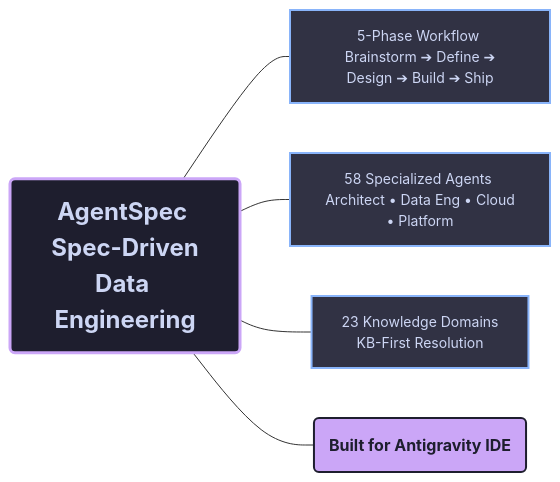
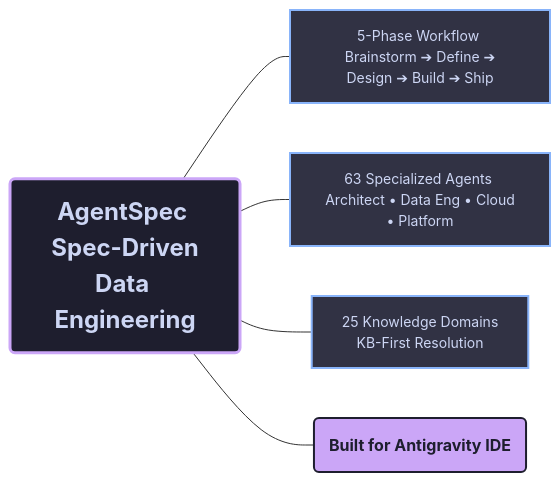
The diagram in README.md (Tiao553/sdd-for-antigravity), drawn with Mermaid before and after one commit. The commit also changed other lines of this file and 1 other file, not shown here.

````diff
--- a/README.md
+++ b/README.md
@@ -3,18 +3,18 @@
 ```mermaid
 flowchart LR
     classDef title fill:#1e1e2e,stroke:#cba6f7,stroke-width:3px,color:#cdd6f4,font-weight:bold,font-size:24px
     classDef sub fill:#313244,stroke:#89b4fa,stroke-width:2px,color:#cdd6f4,font-size:14px
     classDef highlight fill:#cba6f7,stroke:#1e1e2e,stroke-width:2px,color:#1e1e2e,font-weight:bold
 
     Main("AgentSpec <br/> Spec-Driven Data Engineering"):::title
 
     Phases["5-Phase Workflow <br/> Brainstorm ➔ Define ➔ Design ➔ Build ➔ Ship"]:::sub
-    Agents["58 Specialized Agents <br/> Architect • Data Eng • Cloud • Platform"]:::sub
-    KB["23 Knowledge Domains <br/> KB-First Resolution"]:::sub
+    Agents["63 Specialized Agents <br/> Architect • Data Eng • Cloud • Platform"]:::sub
+    KB["25 Knowledge Domains <br/> KB-First Resolution"]:::sub
     IDE("Built for Antigravity IDE"):::highlight
 
     Main --- Phases
     Main --- Agents
     Main --- KB
     Main --- IDE
 ```
````
